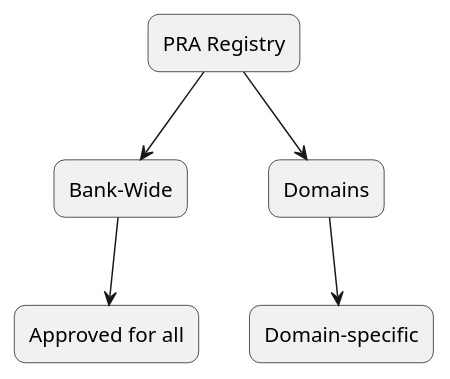
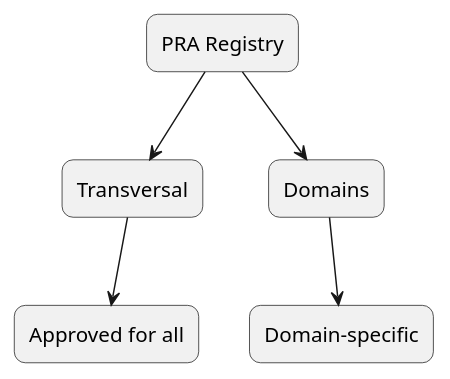
One commit to KiyaliHQ/proven-reusable-architecture changed the diagram in content/guides/en/getting-started.adoc. Above: the diagram before and after it, drawn with PlantUML. The commit also changed other lines of this file and 98 other files, not shown here.

```diff
--- a/content/guides/en/getting-started.adoc
+++ b/content/guides/en/getting-started.adoc
@@ -51,16 +51,16 @@
 [plantuml]
 ----
 @startuml
 top to bottom direction
 skinparam rectangleRoundCorner 15
 rectangle "PRA Registry" as A
-rectangle "Bank-Wide" as B
+rectangle "Transversal" as B
 rectangle "Domains" as C
 rectangle "Approved for all" as B1
 rectangle "Domain-specific" as C1
 A --> B
 A --> C
 B --> B1
 C --> C1
 @enduml
 ----
```
